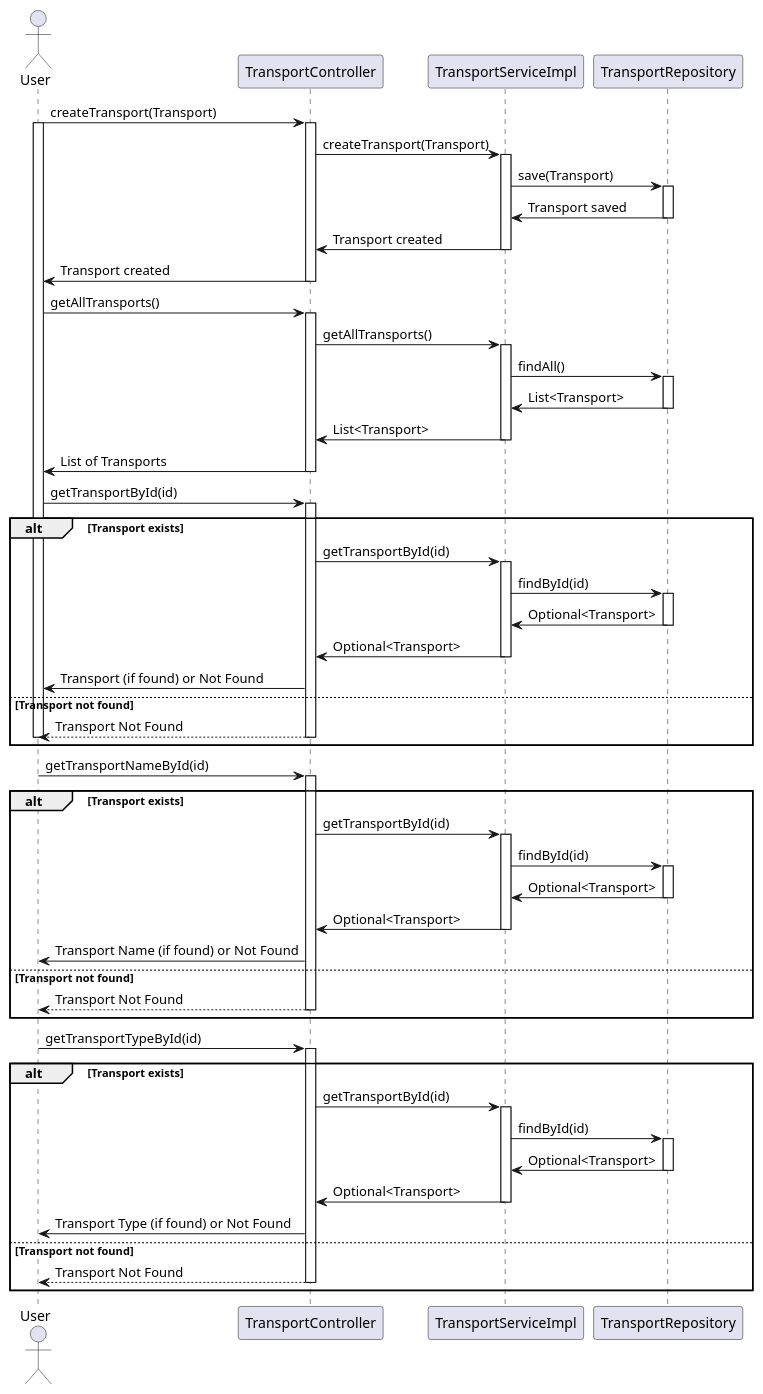
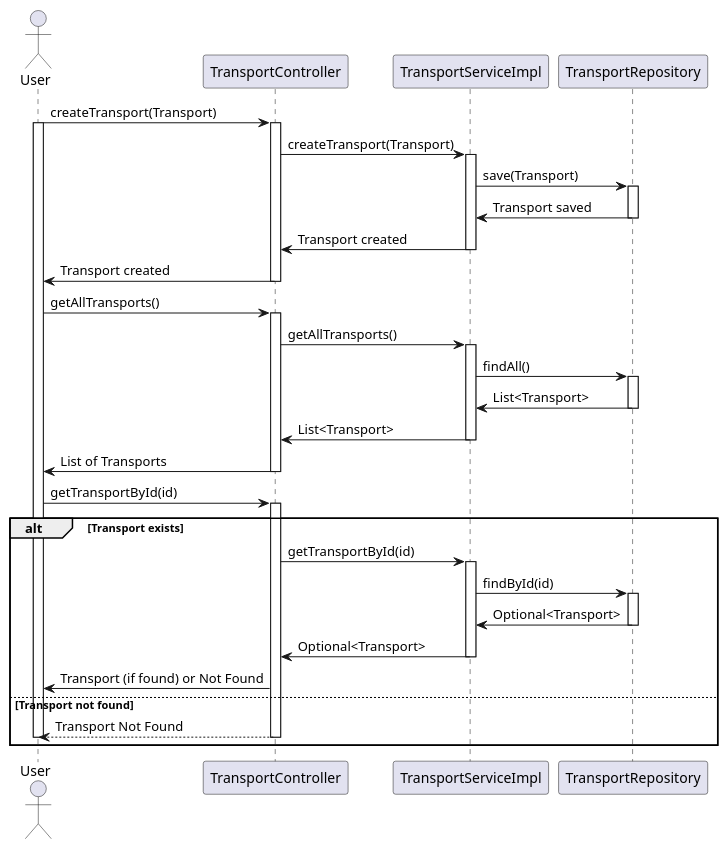
Before and after one commit to RakusasuDorea/MicroserviceDemo: the diagram in transport-service/src/uml/Transport.puml, drawn with PlantUML. The commit also changed 2 other files, not shown here.

```diff
--- a/transport-service/src/uml/Transport.puml
+++ b/transport-service/src/uml/Transport.puml
@@ -1,89 +1,53 @@
 @startuml
 
 actor User
 participant TransportController
 participant TransportServiceImpl
 participant TransportRepository
 
 User -> TransportController: createTransport(Transport)
 activate TransportController
 activate User
 TransportController -> TransportServiceImpl: createTransport(Transport)
 activate TransportServiceImpl
 TransportServiceImpl -> TransportRepository: save(Transport)
 activate TransportRepository
 TransportRepository -> TransportServiceImpl: Transport saved
 deactivate TransportRepository
 TransportServiceImpl -> TransportController: Transport created
 deactivate TransportServiceImpl
 TransportController -> User: Transport created
 deactivate TransportController
 
 User -> TransportController: getAllTransports()
 activate TransportController
 TransportController -> TransportServiceImpl: getAllTransports()
 activate TransportServiceImpl
 TransportServiceImpl -> TransportRepository: findAll()
 activate TransportRepository
 TransportRepository -> TransportServiceImpl: List<Transport>
 deactivate TransportRepository
 TransportServiceImpl -> TransportController: List<Transport>
 deactivate TransportServiceImpl
 TransportController -> User: List of Transports
 deactivate TransportController
 
 User -> TransportController: getTransportById(id)
 activate TransportController
 alt Transport exists
     TransportController -> TransportServiceImpl: getTransportById(id)
     activate TransportServiceImpl
     TransportServiceImpl -> TransportRepository: findById(id)
     activate TransportRepository
     TransportRepository -> TransportServiceImpl: Optional<Transport>
     deactivate TransportRepository
     TransportServiceImpl -> TransportController: Optional<Transport>
     deactivate TransportServiceImpl
     TransportController -> User: Transport (if found) or Not Found
 else Transport not found
     TransportController --> User: Transport Not Found
     deactivate TransportController
     deactivate User
 end
 
-User -> TransportController: getTransportNameById(id)
-activate TransportController
-alt Transport exists
-    TransportController -> TransportServiceImpl: getTransportById(id)
-    activate TransportServiceImpl
-    TransportServiceImpl -> TransportRepository: findById(id)
-    activate TransportRepository
-    TransportRepository -> TransportServiceImpl: Optional<Transport>
-    deactivate TransportRepository
-    TransportServiceImpl -> TransportController: Optional<Transport>
-    deactivate TransportServiceImpl
-    TransportController -> User: Transport Name (if found) or Not Found
-else Transport not found
-    TransportController --> User: Transport Not Found
-    deactivate TransportController
-    deactivate User
-end
-
-User -> TransportController: getTransportTypeById(id)
-activate TransportController
-alt Transport exists
-    TransportController -> TransportServiceImpl: getTransportById(id)
-    activate TransportServiceImpl
-    TransportServiceImpl -> TransportRepository: findById(id)
-    activate TransportRepository
-    TransportRepository -> TransportServiceImpl: Optional<Transport>
-    deactivate TransportRepository
-    TransportServiceImpl -> TransportController: Optional<Transport>
-    deactivate TransportServiceImpl
-    TransportController -> User: Transport Type (if found) or Not Found
-else Transport not found
-    TransportController --> User: Transport Not Found
-    deactivate TransportController
-    deactivate User
-end
-
 @enduml
```
